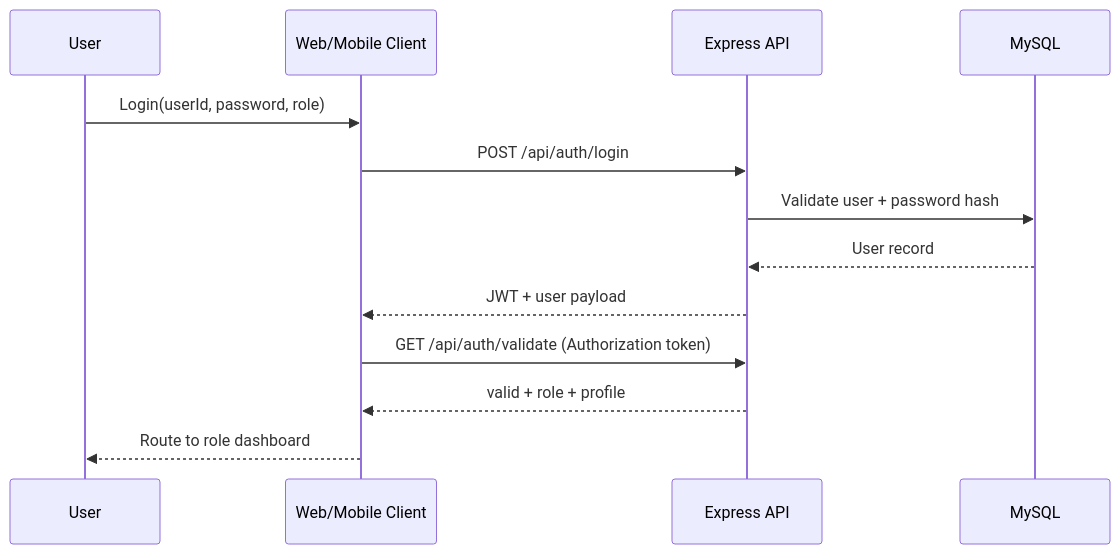
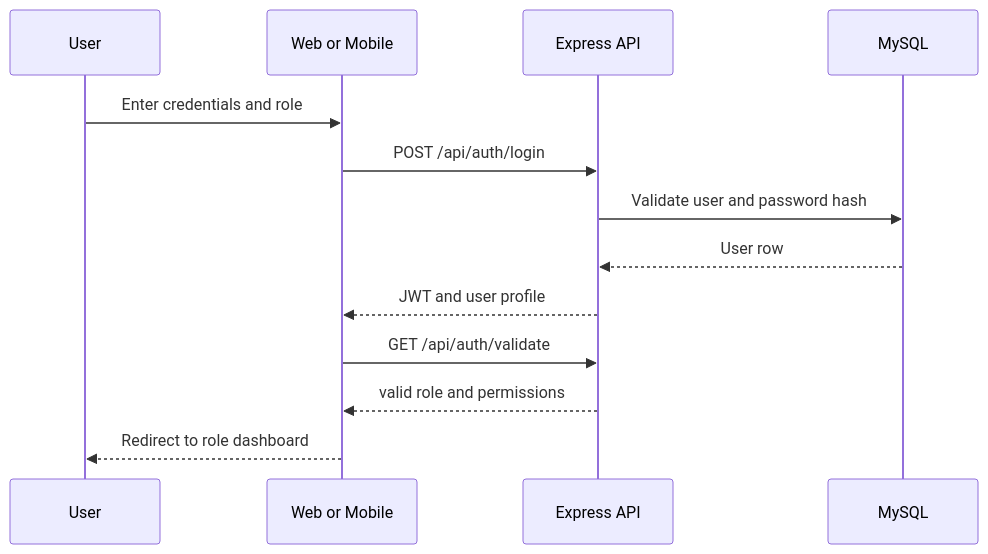
Before and after one commit to ramalokeshreddyp/code_to_win: the second of 7 diagrams in README.md, drawn with Mermaid. The commit also changed other lines of this file and 35 other files, not shown here.

````diff
--- a/README.md
+++ b/README.md
@@ -127,16 +151,16 @@
 ```mermaid
 sequenceDiagram
   participant User
-  participant Client as Web/Mobile Client
+  participant Client as Web or Mobile
   participant API as Express API
   participant DB as MySQL
 
-  User->>Client: Login(userId, password, role)
+  User->>Client: Enter credentials and role
   Client->>API: POST /api/auth/login
-  API->>DB: Validate user + password hash
-  DB-->>API: User record
-  API-->>Client: JWT + user payload
-  Client->>API: GET /api/auth/validate (Authorization token)
-  API-->>Client: valid + role + profile
-  Client-->>User: Route to role dashboard
+  API->>DB: Validate user and password hash
+  DB-->>API: User row
+  API-->>Client: JWT and user profile
+  Client->>API: GET /api/auth/validate
+  API-->>Client: valid role and permissions
+  Client-->>User: Redirect to role dashboard
 ```
````
